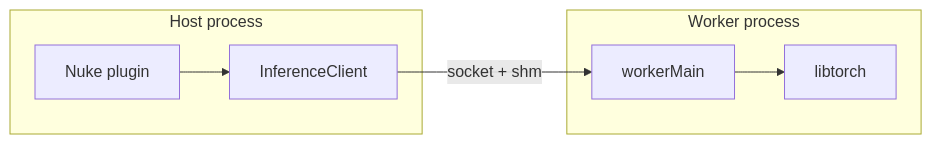
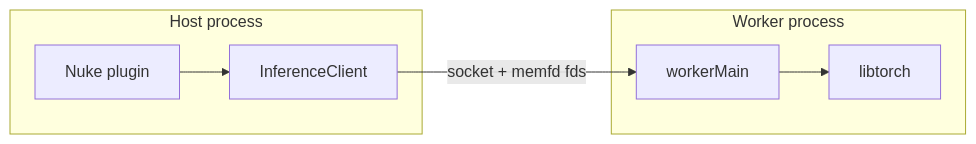
One commit to marcus-ruhmke/nuketorch changed the diagram in README.md. Above: the diagram before and after it, drawn with Mermaid. The commit also changed other lines of this file and 7 other files, not shown here.

````diff
--- a/README.md
+++ b/README.md
@@ -9,14 +9,14 @@
 ```mermaid
 graph LR
   subgraph host [Host process]
     Plugin[Nuke plugin]
     Client[InferenceClient]
     Plugin --> Client
   end
   subgraph worker [Worker process]
     Main[workerMain]
     Torch[libtorch]
     Main --> Torch
   end
-  Client -->|socket + shm| Main
+  Client -->|socket + memfd fds| Main
 ```
````
